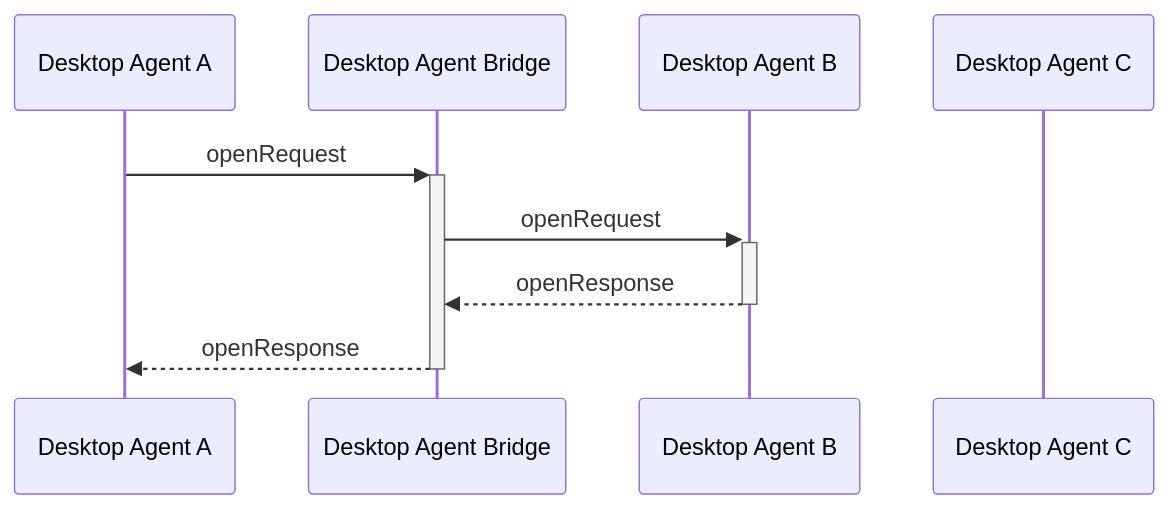
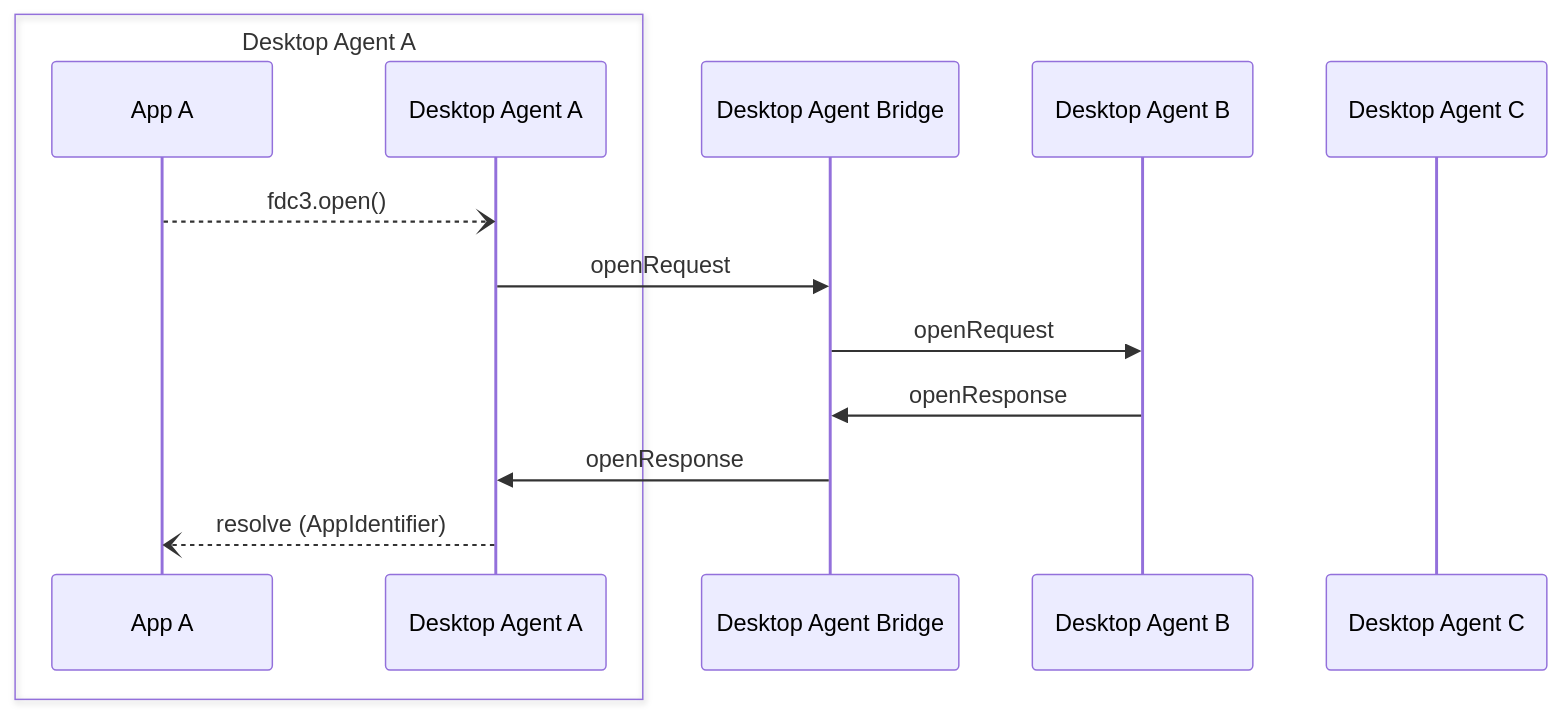
The diagram in docs/agent-bridging/ref/open.md (finos/FDC3), drawn with Mermaid before and after one commit. The commit also changed 12 other files, not shown here.

First line of the commit message:
Add the app to each reference page mermaid diagram to clarify how mes… (#80)

````diff
--- a/docs/agent-bridging/ref/open.md
+++ b/docs/agent-bridging/ref/open.md
@@ -41,11 +41,16 @@
 ```mermaid
 sequenceDiagram
+    box Desktop Agent A
+    participant AA as App A
     participant DA as Desktop Agent A
+    end
     participant DAB as Desktop Agent Bridge
     participant DB as Desktop Agent B
     participant DC as Desktop Agent C
-    DA ->>+ DAB: openRequest
-    DAB ->>+ DB: openRequest
-    DB -->>- DAB: openResponse
-    DAB -->>- DA: openResponse
+    AA --) DA: fdc3.open()
+    DA ->> DAB: openRequest
+    DAB ->> DB: openRequest
+    DB ->> DAB: openResponse
+    DAB ->> DA: openResponse
+    DA --) AA: resolve (AppIdentifier)
 ```
````
